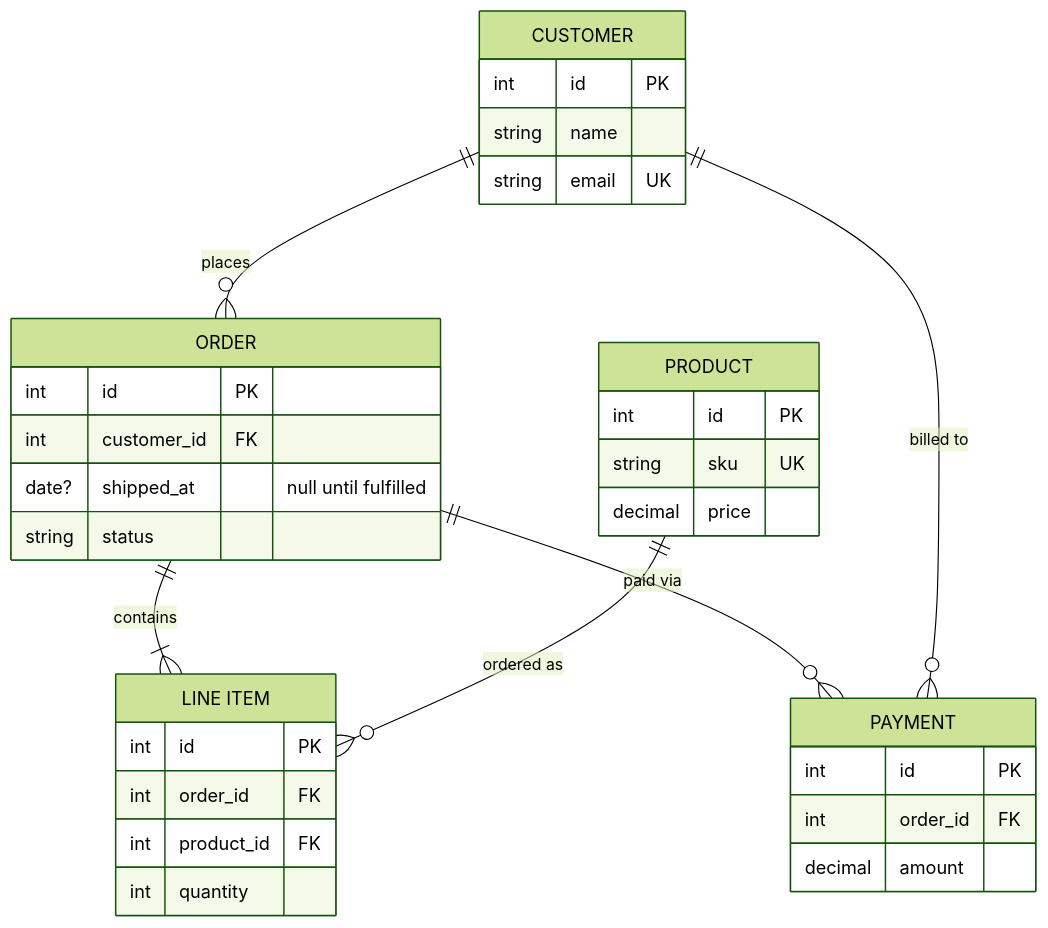
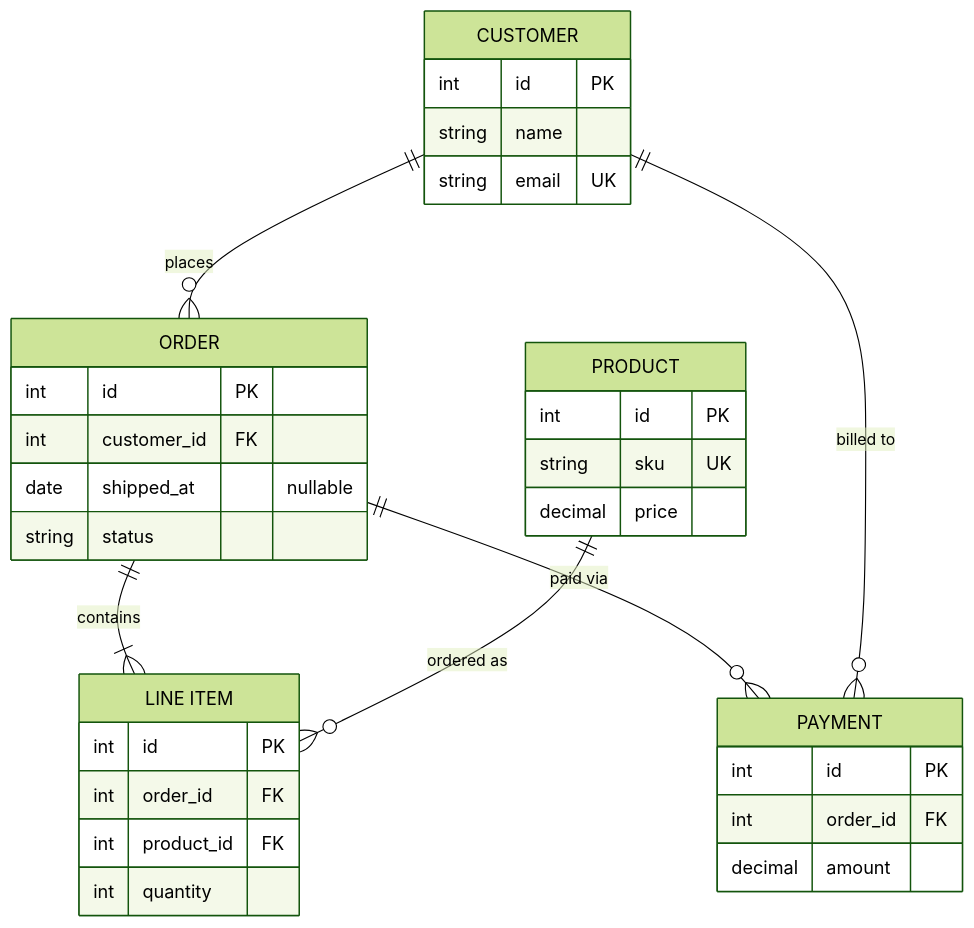
The second of 2 diagrams in skills/mermaid-diagram-generator/references/entity-relationship.md (rheone/Booststraping-LLM-DEV-Container), drawn with Mermaid (forest theme) before and after one commit. The commit also changed other lines of this file and 33 other files, not shown here.

First line of the commit message:
feat(mermaid-diagram-generator): release v1.0.0 with platform gates and ZenUML validation

````diff
--- a/skills/mermaid-diagram-generator/references/entity-relationship.md
+++ b/skills/mermaid-diagram-generator/references/entity-relationship.md
@@ -55,36 +60,36 @@
 ```mermaid
 erDiagram
     CUSTOMER {
         int id PK
         string name
         string email UK
     }
     ORDER {
         int id PK
         int customer_id FK
-        date? shipped_at "null until fulfilled"
+        date shipped_at "nullable"
         string status
     }
     "LINE ITEM" {
         int id PK
         int order_id FK
         int product_id FK
         int quantity
     }
     PRODUCT {
         int id PK
         string sku UK
         decimal price
     }
     PAYMENT {
         int id PK
         int order_id FK
         decimal amount
     }
 
     CUSTOMER ||--o{ ORDER : places
     ORDER ||--|{ "LINE ITEM" : contains
     PRODUCT ||--o{ "LINE ITEM" : "ordered as"
     ORDER ||--o{ PAYMENT : "paid via"
     CUSTOMER ||--o{ PAYMENT : "billed to"
 ```
````
